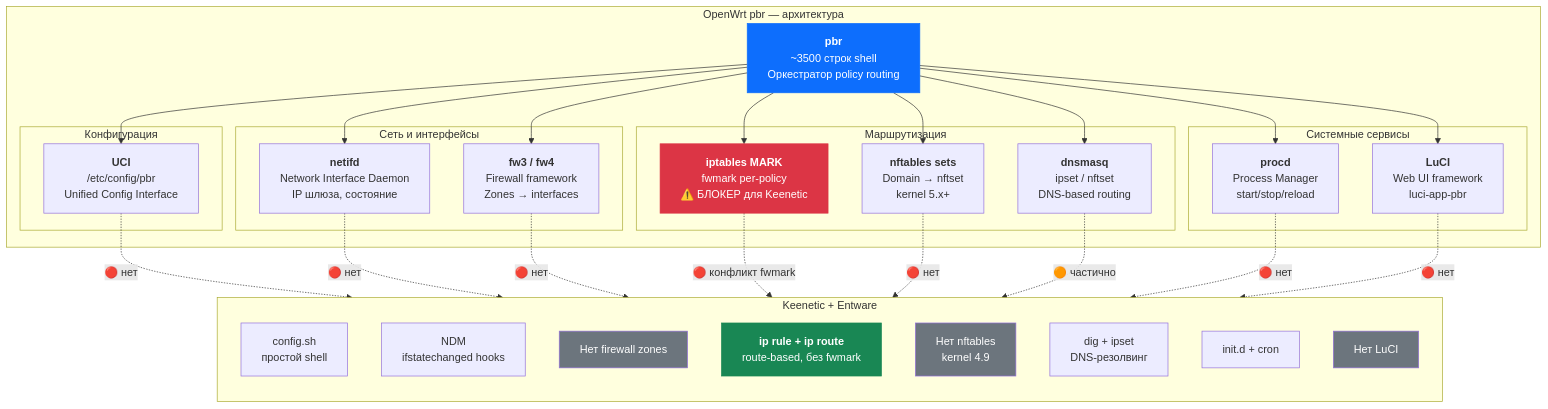
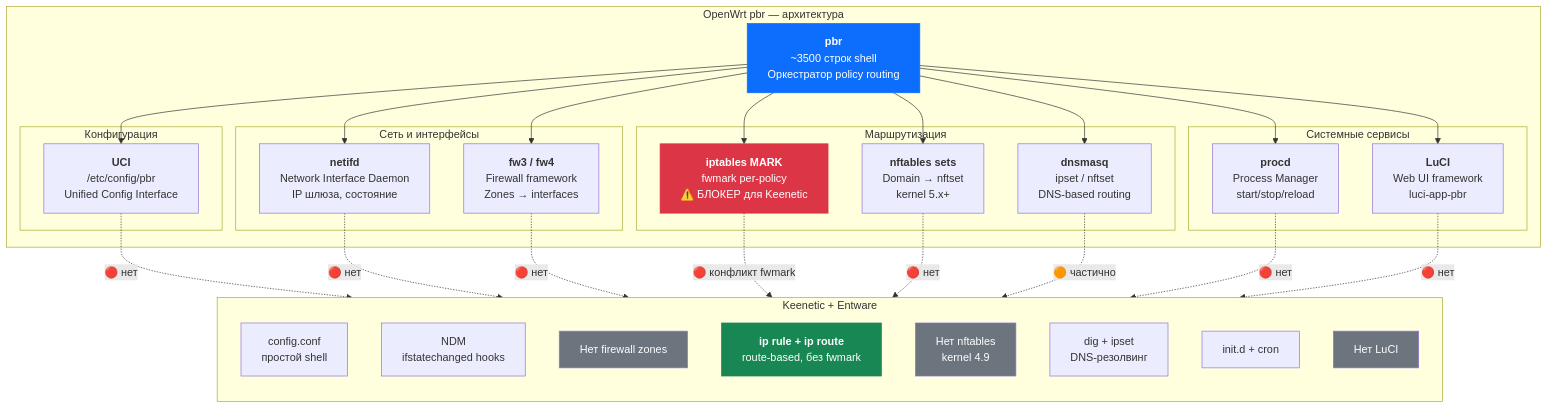
The diagram in geo-split/docs/alternatives-research.md (0xkee/keenetic-entware-extras), drawn with Mermaid before and after one commit. The commit also changed 47 other files, not shown here.

First line of the commit message:
feat: rename config files from .sh to .conf and split into defaults/user configs

````diff
--- a/geo-split/docs/alternatives-research.md
+++ b/geo-split/docs/alternatives-research.md
@@ -87,63 +87,63 @@
 ```mermaid
 graph TB
     subgraph "OpenWrt pbr — архитектура"
         PBR["<b>pbr</b><br/>~3500 строк shell<br/>Оркестратор policy routing"]
         
         subgraph "Конфигурация"
             UCI["<b>UCI</b><br/>/etc/config/pbr<br/>Unified Config Interface"]
         end
         
         subgraph "Сеть и интерфейсы"
             NETIFD["<b>netifd</b><br/>Network Interface Daemon<br/>IP шлюза, состояние"]
             FW["<b>fw3 / fw4</b><br/>Firewall framework<br/>Zones → interfaces"]
         end
         
         subgraph "Маршрутизация"
             MARK["<b>iptables MARK</b><br/>fwmark per-policy<br/>⚠️ БЛОКЕР для Keenetic"]
             NFT["<b>nftables sets</b><br/>Domain → nftset<br/>kernel 5.x+"]
             DNSMASQ["<b>dnsmasq</b><br/>ipset / nftset<br/>DNS-based routing"]
         end
         
         subgraph "Системные сервисы"
             PROCD["<b>procd</b><br/>Process Manager<br/>start/stop/reload"]
             LUCI["<b>LuCI</b><br/>Web UI framework<br/>luci-app-pbr"]
         end
     end
     
     PBR --> UCI
     PBR --> NETIFD
     PBR --> FW
     PBR --> MARK
     PBR --> NFT
     PBR --> DNSMASQ
     PBR --> PROCD
     PBR --> LUCI
 
     subgraph "Keenetic + Entware"
         direction TB
-        K_CFG["config.sh<br/>простой shell"]
+        K_CFG["config.conf<br/>простой shell"]
         K_NDM["NDM<br/>ifstatechanged hooks"]
         K_NO_FW["Нет firewall zones"]
         K_ROUTE["<b>ip rule + ip route</b><br/>route-based, без fwmark"]
         K_NO_NFT["Нет nftables<br/>kernel 4.9"]
         K_DIG["dig + ipset<br/>DNS-резолвинг"]
         K_INIT["init.d + cron"]
         K_NO_LUCI["Нет LuCI"]
     end
 
     UCI -.->|"🔴 нет"| K_CFG
     NETIFD -.->|"🔴 нет"| K_NDM
     FW -.->|"🔴 нет"| K_NO_FW
     MARK -.->|"🔴 конфликт fwmark"| K_ROUTE
     NFT -.->|"🔴 нет"| K_NO_NFT
     DNSMASQ -.->|"🟠 частично"| K_DIG
     PROCD -.->|"🔴 нет"| K_INIT
     LUCI -.->|"🔴 нет"| K_NO_LUCI
 
     style MARK fill:#dc3545,color:#fff,stroke:#dc3545
     style K_ROUTE fill:#198754,color:#fff,stroke:#198754
     style PBR fill:#0d6efd,color:#fff,stroke:#0d6efd
     style K_NO_FW fill:#6c757d,color:#fff
     style K_NO_NFT fill:#6c757d,color:#fff
     style K_NO_LUCI fill:#6c757d,color:#fff
 ```
````
